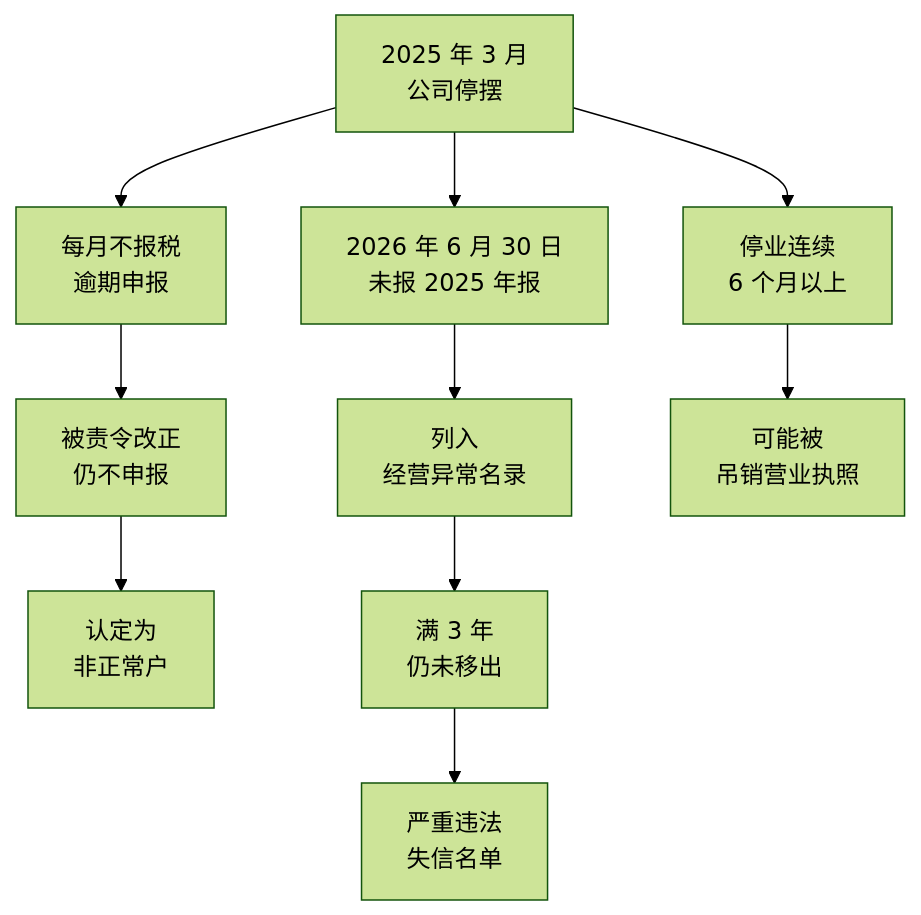
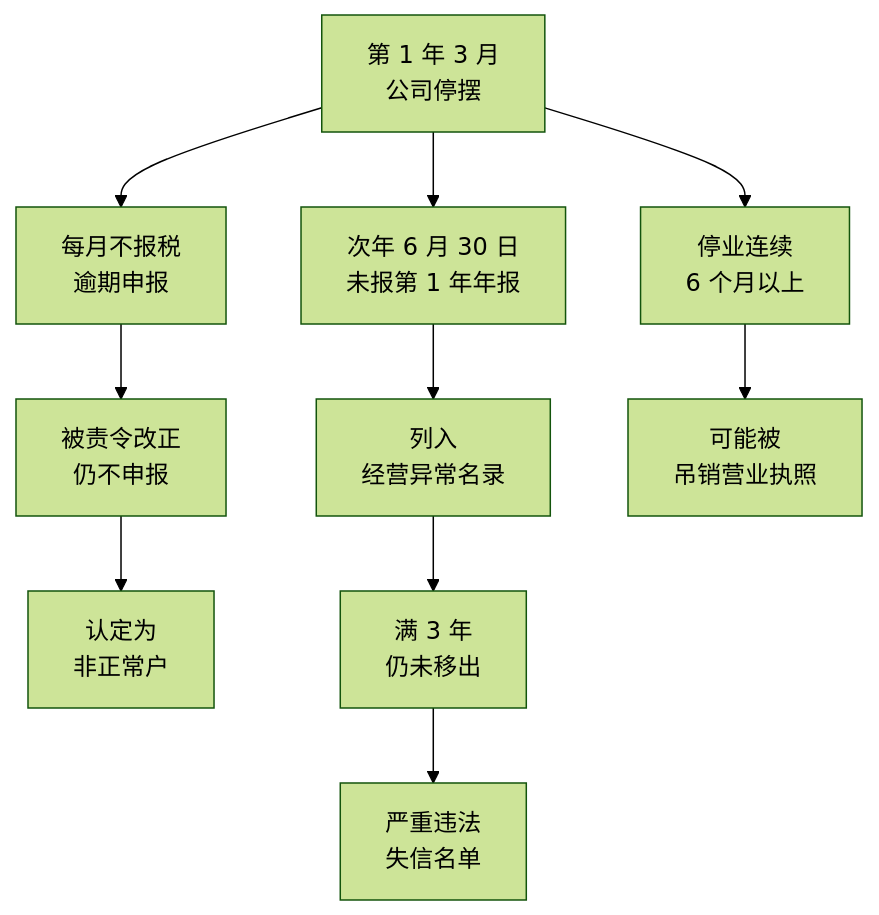
Before and after one commit to jarvis-pro/hatch-shelf: the diagram in books/company-basics/06-duties-and-credit.md, drawn with Mermaid (forest theme). The commit also changed other lines of this file and 201 other files, not shown here.

````diff
--- a/books/company-basics/06-duties-and-credit.md
+++ b/books/company-basics/06-duties-and-credit.md
@@ -143,12 +143,12 @@
 ```mermaid
 flowchart TD
-  A["2025 年 3 月<br/>公司停摆"] --> B["每月不报税<br/>逾期申报"]
+  A["第 1 年 3 月<br/>公司停摆"] --> B["每月不报税<br/>逾期申报"]
   B --> C["被责令改正<br/>仍不申报"]
   C --> D["认定为<br/>非正常户"]
-  A --> E["2026 年 6 月 30 日<br/>未报 2025 年报"]
+  A --> E["次年 6 月 30 日<br/>未报第 1 年年报"]
   E --> F["列入<br/>经营异常名录"]
   F --> G["满 3 年<br/>仍未移出"]
   G --> H["严重违法<br/>失信名单"]
   A --> I["停业连续<br/>6 个月以上"]
   I --> J["可能被<br/>吊销营业执照"]
 ```
````
